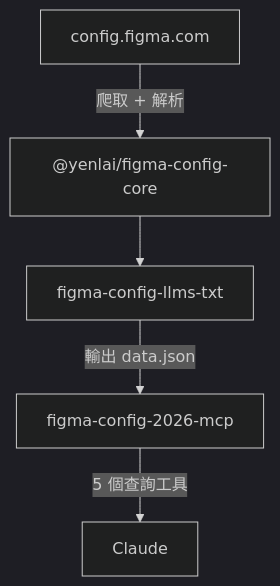
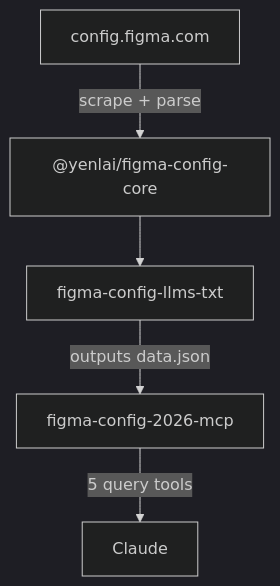
The diagram in README.md (laiyenju/figma-config-mcp), drawn with Mermaid (dark theme) before and after one commit. The commit also changed other lines of this file and 1 other file, not shown here.

````diff
--- a/README.md
+++ b/README.md
@@ -72,7 +72,7 @@
 ```mermaid
 flowchart TD
-    A[config.figma.com] -->|爬取 + 解析| B["@yenlai/figma-config-core"]
+    A[config.figma.com] -->|scrape + parse| B["@yenlai/figma-config-core"]
     B --> C[figma-config-llms-txt]
-    C -->|輸出 data.json| D[figma-config-2026-mcp]
-    D -->|5 個查詢工具| E[Claude]
+    C -->|outputs data.json| D[figma-config-2026-mcp]
+    D -->|5 query tools| E[Claude]
 ```
````
